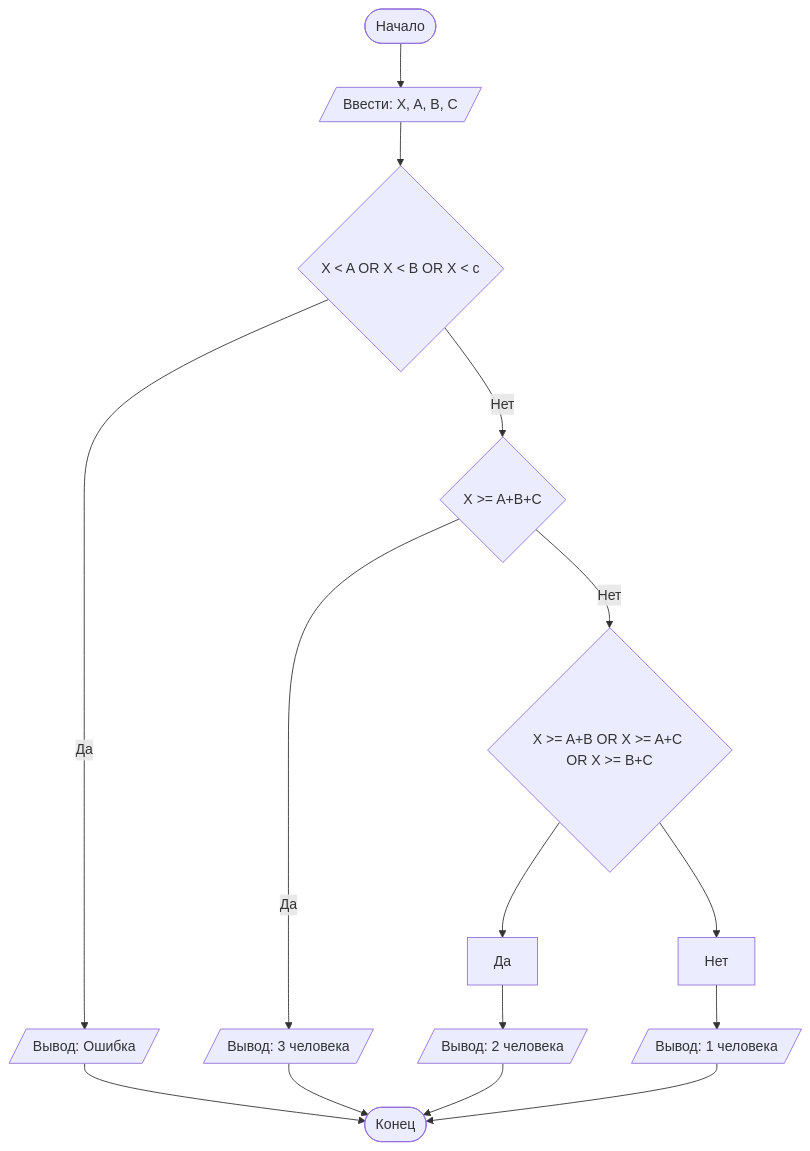
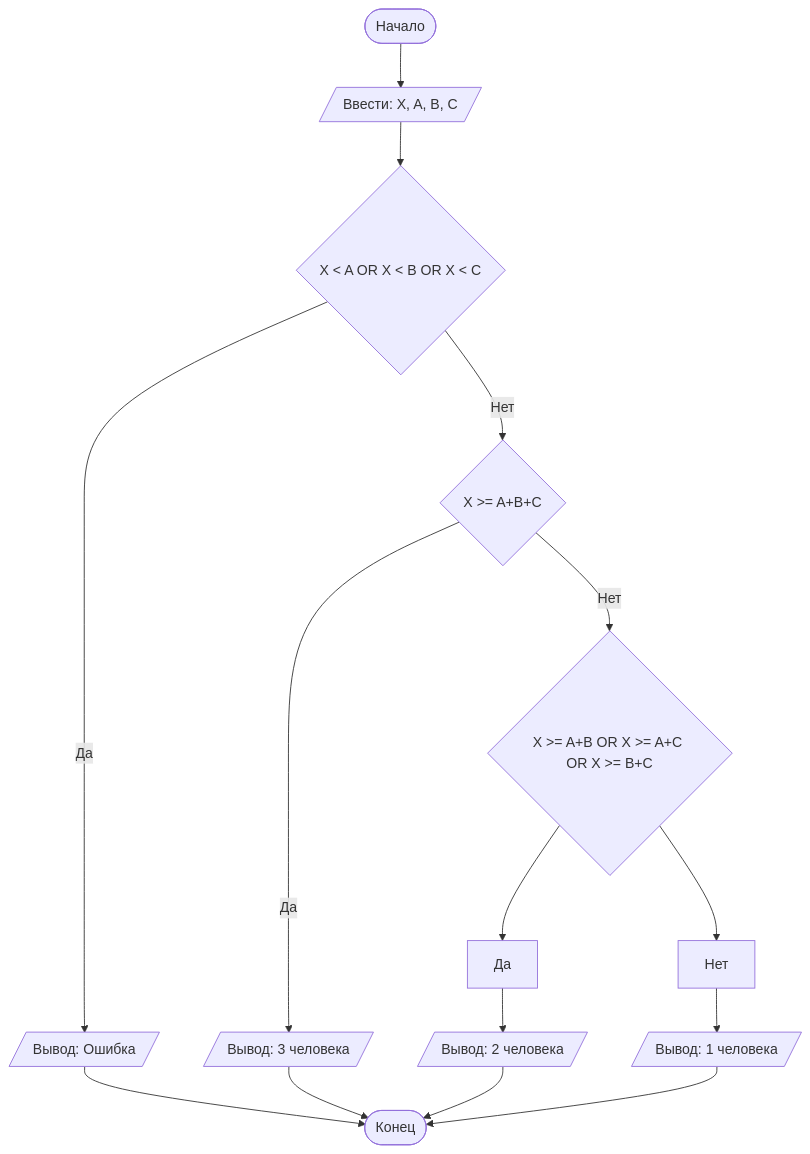
One commit to yanareuchenko/Lab1 changed the diagram in README.md. Above: the diagram before and after it, drawn with Mermaid.

Commit message:
Mermaid graph fix

````diff
--- a/README.md
+++ b/README.md
@@ -86,15 +86,15 @@
 ```mermaid
 graph TD
     A([Начало]) --> B[/Ввести: X, A, B, C/]
-    B --> C{X < A OR X < B OR X < c}
+    B --> C{X < A OR X < B OR X < C}
     C -- Да --> D[/Вывод: Ошибка/]
     D --> Z
     C -- Нет --> F{X >= A+B+C}
     F -- Да --> J[/Вывод: 3 человека/]
     J --> Z
     F -- Нет --> G{X >= A+B OR X >= A+C OR X >= B+C}
     G --> Да --> H[/Вывод: 2 человека/]
     H --> Z
     G --> Нет --> I[/Вывод: 1 человека/]
     I --> Z([Конец])
 ```
````
